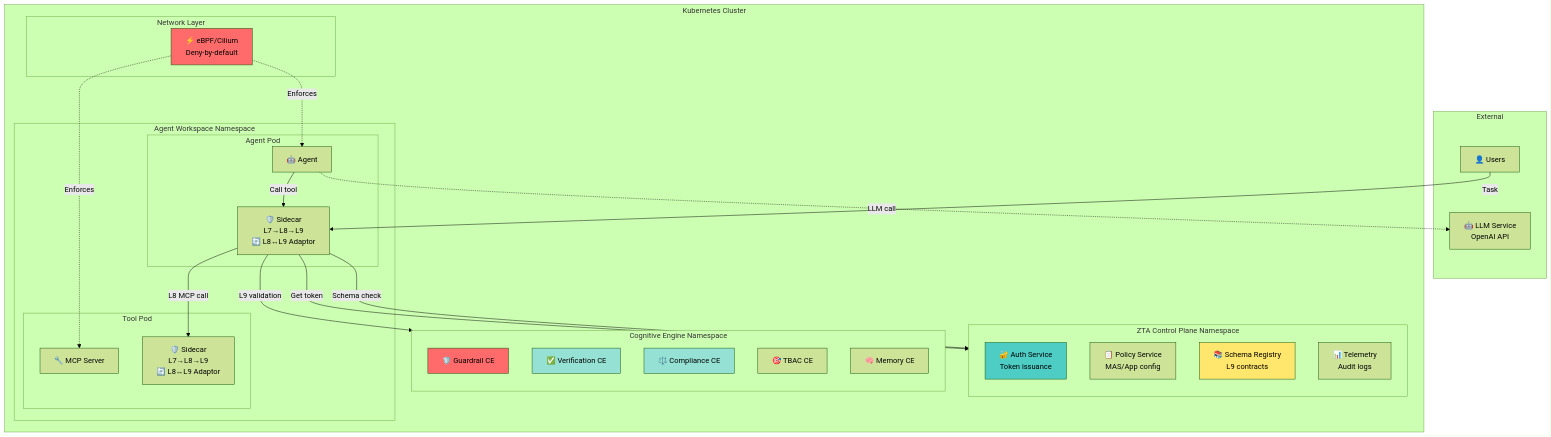
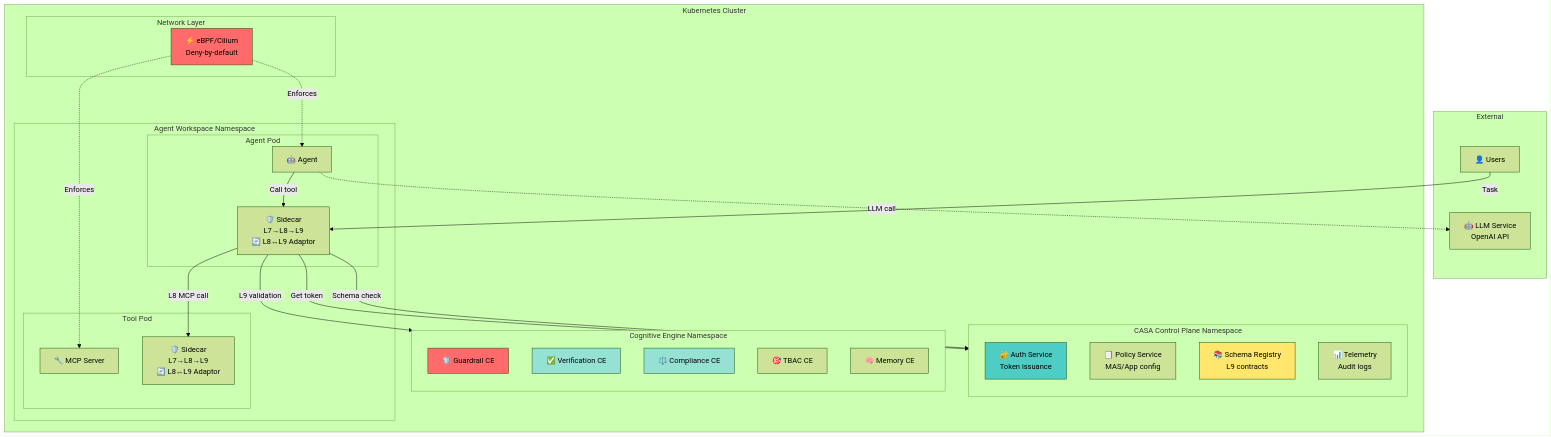
The first of 5 diagrams in contrib/wip/it1/SPECS_IOC.md (outshift-open/CASA), drawn with Mermaid (forest theme) before and after one commit. The commit also changed other lines of this file and 294 other files, not shown here.

Commit message:
feat: Rename from ZTA to CASA

````diff
--- a/contrib/wip/it1/SPECS_IOC.md
+++ b/contrib/wip/it1/SPECS_IOC.md
@@ -104,60 +104,60 @@
 ```mermaid
 graph TB
     subgraph "External"
         USER[👤 Users]
         LLM[🤖 LLM Service<br/>OpenAI API]
     end
 
     subgraph "Kubernetes Cluster"
-        subgraph "ZTA Control Plane Namespace"
+        subgraph "CASA Control Plane Namespace"
             direction TB
             AUTH[🔐 Auth Service<br/>Token issuance]
             POLICY[📋 Policy Service<br/>MAS/App config]
             SCHEMA[📚 Schema Registry<br/>L9 contracts]
             TELEM[📊 Telemetry<br/>Audit logs]
         end
 
         subgraph "Cognitive Engine Namespace"
             direction TB
             CE_GUARD[🛡️ Guardrail CE]
             CE_VERIFY[✅ Verification CE]
             CE_COMPLY[⚖️ Compliance CE]
             CE_TBAC[🎯 TBAC CE]
             CE_MEMORY[🧠 Memory CE]
         end
 
         subgraph "Agent Workspace Namespace"
             subgraph "Agent Pod"
                 AGENT[🤖 Agent]
                 SIDECAR_A[🛡️ Sidecar<br/>L7→L8→L9<br/>🔄 L8↔L9 Adaptor]
             end
 
             subgraph "Tool Pod"
                 TOOL[🔧 MCP Server]
                 SIDECAR_T[🛡️ Sidecar<br/>L7→L8→L9<br/>🔄 L8↔L9 Adaptor]
             end
         end
 
         subgraph "Network Layer"
             EBPF[⚡ eBPF/Cilium<br/>Deny-by-default]
         end
     end
 
     USER -->|Task| SIDECAR_A
     SIDECAR_A -->|Get token| AUTH
     AGENT -->|Call tool| SIDECAR_A
     SIDECAR_A -->|L9 validation| CE_VERIFY
     SIDECAR_A -->|Schema check| SCHEMA
     SIDECAR_A -->|L8 MCP call| SIDECAR_T
     AGENT -.->|LLM call| LLM
 
     EBPF -.->|Enforces| AGENT
     EBPF -.->|Enforces| TOOL
 
     style CE_GUARD fill:#ff6b6b
     style CE_VERIFY fill:#95e1d3
     style CE_COMPLY fill:#95e1d3
     style EBPF fill:#ff6b6b
     style AUTH fill:#4ecdc4
     style SCHEMA fill:#ffe66d
 ```
````
